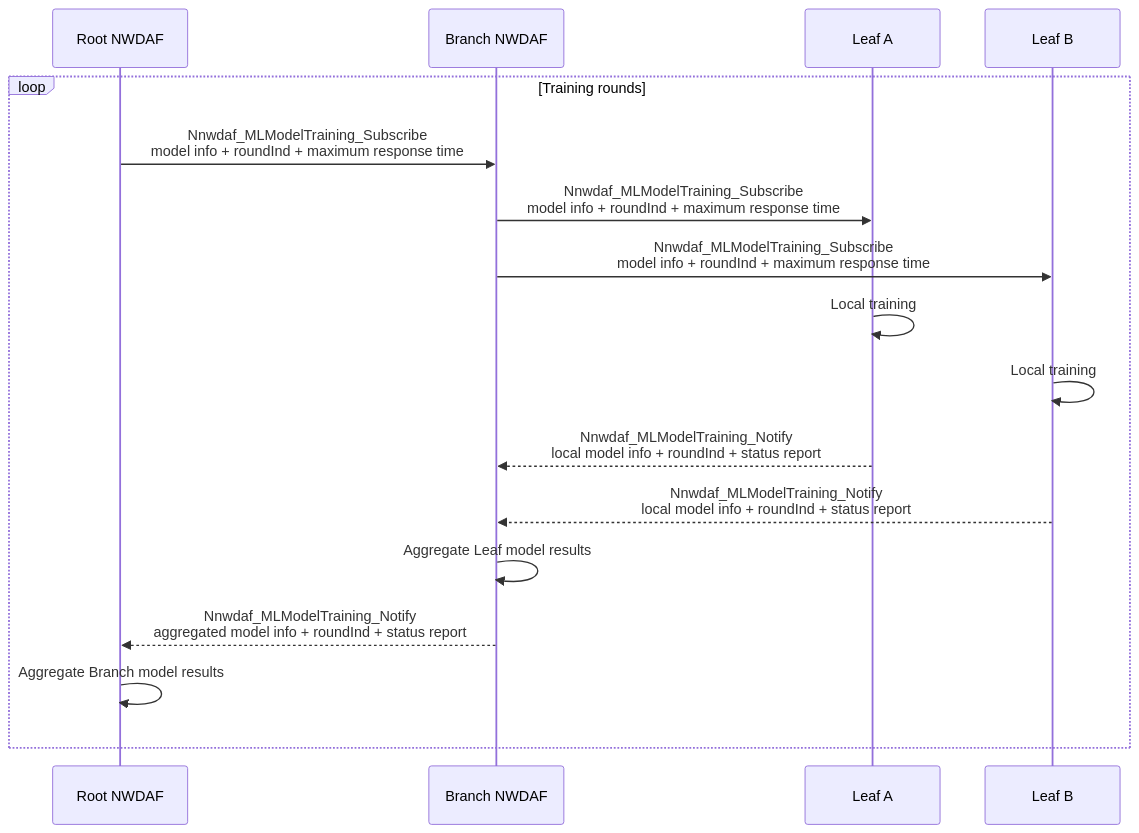
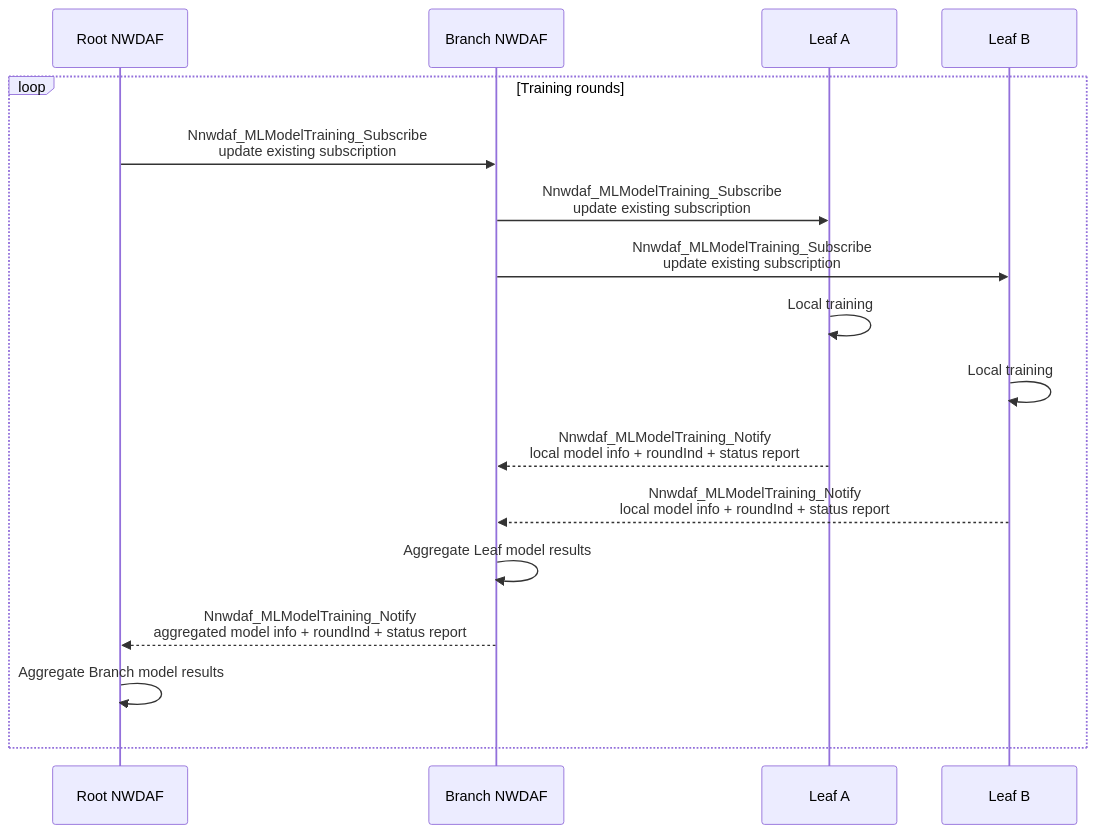
The third of 3 diagrams in docs/proposals/nwdaf/hierarchical-federated-learning/proposal_draft.md (ChingJe/nwdaf-docs), drawn with Mermaid before and after one commit. The commit also changed other lines of this file and 1 other file, not shown here.

````diff
--- a/docs/proposals/nwdaf/hierarchical-federated-learning/proposal_draft.md
+++ b/docs/proposals/nwdaf/hierarchical-federated-learning/proposal_draft.md
@@ -506,25 +563,25 @@
 ```mermaid
 sequenceDiagram
     participant ROOT as Root NWDAF
     participant BRANCH as Branch NWDAF
     participant A as Leaf A
     participant B as Leaf B
 
     loop Training rounds
-        ROOT->>BRANCH: Nnwdaf_MLModelTraining_Subscribe<br/>model info + roundInd + maximum response time
+        ROOT->>BRANCH: Nnwdaf_MLModelTraining_Subscribe<br/>update existing subscription
 
-        BRANCH->>A: Nnwdaf_MLModelTraining_Subscribe<br/>model info + roundInd + maximum response time
-        BRANCH->>B: Nnwdaf_MLModelTraining_Subscribe<br/>model info + roundInd + maximum response time
+        BRANCH->>A: Nnwdaf_MLModelTraining_Subscribe<br/>update existing subscription
+        BRANCH->>B: Nnwdaf_MLModelTraining_Subscribe<br/>update existing subscription
 
         A->>A: Local training
         B->>B: Local training
 
         A-->>BRANCH: Nnwdaf_MLModelTraining_Notify<br/>local model info + roundInd + status report
         B-->>BRANCH: Nnwdaf_MLModelTraining_Notify<br/>local model info + roundInd + status report
 
         BRANCH->>BRANCH: Aggregate Leaf model results
         BRANCH-->>ROOT: Nnwdaf_MLModelTraining_Notify<br/>aggregated model info + roundInd + status report
 
         ROOT->>ROOT: Aggregate Branch model results
     end
 ```
````
